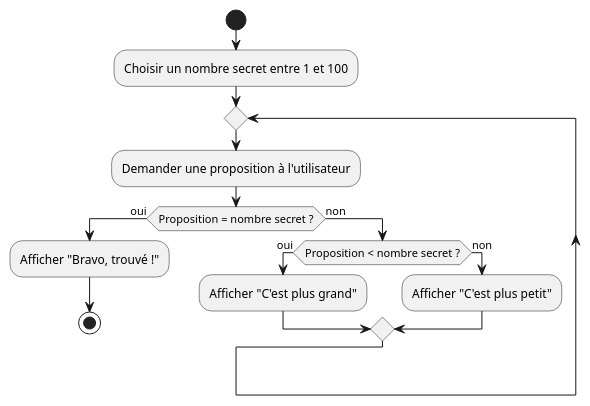
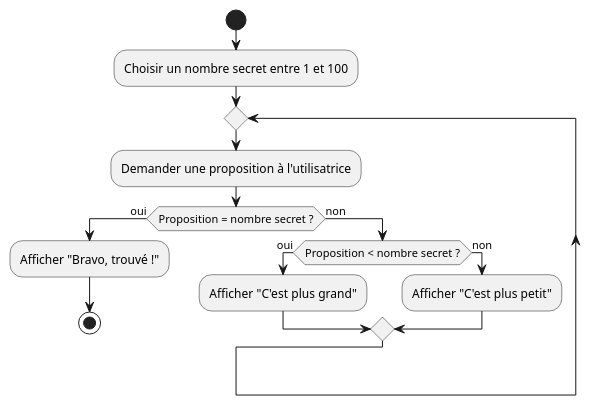
The diagram in 01.02-introduction-a-la-programmation-et-aux-algorithmes/01-supports-de-cours/images/guess-number.plantuml (HEIG-VD-Prog-Course/HEIG-VD-ProgIM-Course), drawn with PlantUML before and after one commit. The commit also changed 330 other files, not shown here.

```diff
--- a/01.02-introduction-a-la-programmation-et-aux-algorithmes/01-supports-de-cours/images/guess-number.plantuml
+++ b/01.02-introduction-a-la-programmation-et-aux-algorithmes/01-supports-de-cours/images/guess-number.plantuml
@@ -1,17 +1,17 @@
 @startuml
 start
 :Choisir un nombre secret entre 1 et 100;
 repeat
-  :Demander une proposition à l'utilisateur;
+  :Demander une proposition à l'utilisatrice;
   if (Proposition = nombre secret ?) then (oui)
     :Afficher "Bravo, trouvé !";
     stop
   else (non)
     if (Proposition < nombre secret ?) then (oui)
       :Afficher "C'est plus grand";
     else (non)
       :Afficher "C'est plus petit";
     endif
   endif
 repeat while
 @enduml
```
